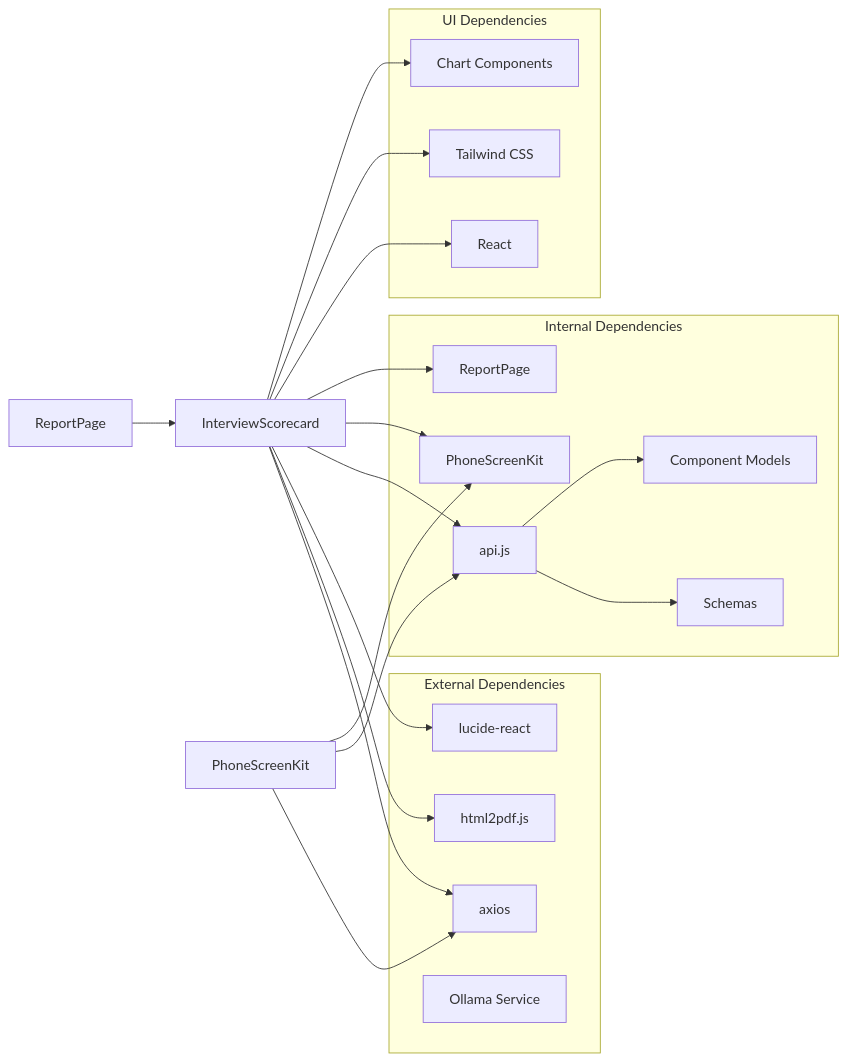
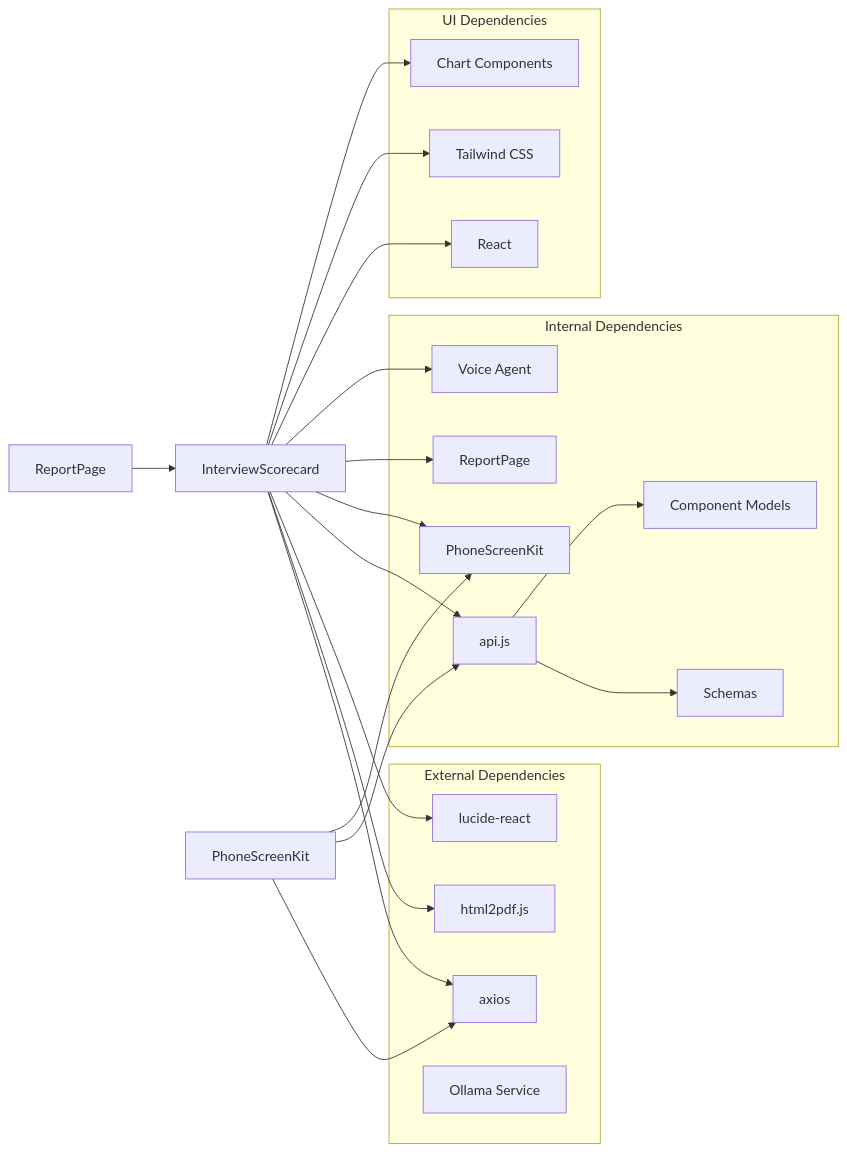
Diagram 12 of 12 in .qoder/repowiki/en/content/Frontend Architecture/Component Library/Interview Scorecard Component.md (Revanththetalogics/aireume), drawn with Mermaid before and after one commit. The commit also changed other lines of this file and 32 other files, not shown here.

````diff
--- a/.qoder/repowiki/en/content/Frontend Architecture/Component Library/Interview Scorecard Component.md
+++ b/.qoder/repowiki/en/content/Frontend Architecture/Component Library/Interview Scorecard Component.md
@@ -790,36 +902,38 @@
 ```mermaid
 graph LR
 subgraph "External Dependencies"
 AX[axios]
 HP[html2pdf.js]
 LR[lucide-react]
 OLL[Ollama Service]
 end
 subgraph "Internal Dependencies"
 API[api.js]
 SC[Schemas]
 CM[Component Models]
 PSK[PhoneScreenKit]
 RP[ReportPage]
+VA[Voice Agent]
 end
 subgraph "UI Dependencies"
 RC[React]
 TS[Tailwind CSS]
 CH[Chart Components]
 end
 InterviewScorecard --> AX
 InterviewScorecard --> HP
 InterviewScorecard --> LR
 InterviewScorecard --> API
 InterviewScorecard --> PSK
 InterviewScorecard --> RP
+InterviewScorecard --> VA
 API --> SC
 API --> CM
 PhoneScreenKit --> AX
 PhoneScreenKit --> API
 PhoneScreenKit --> PSK
 ReportPage --> InterviewScorecard
 InterviewScorecard --> RC
 InterviewScorecard --> TS
 InterviewScorecard --> CH
 ```
````
